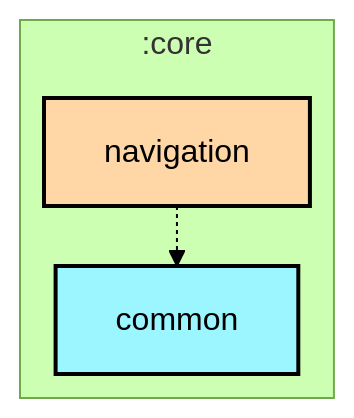
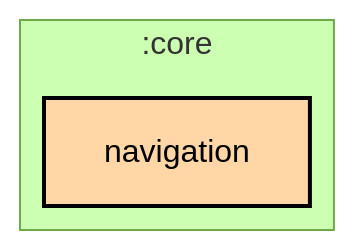
One commit to woods-marshes/chat-multiplatform changed the first of 2 diagrams in core/navigation/README.md. Above: the diagram before and after it, drawn with Mermaid (forest theme). The commit also changed other lines of this file and 26 other files, not shown here.

First line of the commit message:
build: fix module graph plugin detection and refresh READMEs

````diff
--- a/core/navigation/README.md
+++ b/core/navigation/README.md
@@ -6,21 +6,20 @@
 ```mermaid
 ---
 config:
   layout: elk
   elk:
     nodePlacementStrategy: SIMPLE
 ---
 graph TB
   subgraph :core
     direction TB
-    :core:common[common]:::kotlin-multiplatform
     :core:navigation[navigation]:::compose-multiplatform
   end
 
-  :core:navigation -.-> :core:common
-
 classDef android-application fill:#CAFFBF,stroke:#000,stroke-width:2px,color:#000;
+classDef desktop-application fill:#BDB2FF,stroke:#000,stroke-width:2px,color:#000;
 classDef compose-multiplatform fill:#FFD6A5,stroke:#000,stroke-width:2px,color:#000;
+classDef ktor-server fill:#FDFFB6,stroke:#000,stroke-width:2px,color:#000;
 classDef kotlin-multiplatform fill:#9BF6FF,stroke:#000,stroke-width:2px,color:#000;
 classDef unknown fill:#FFADAD,stroke:#000,stroke-width:2px,color:#000;
 ```
````
